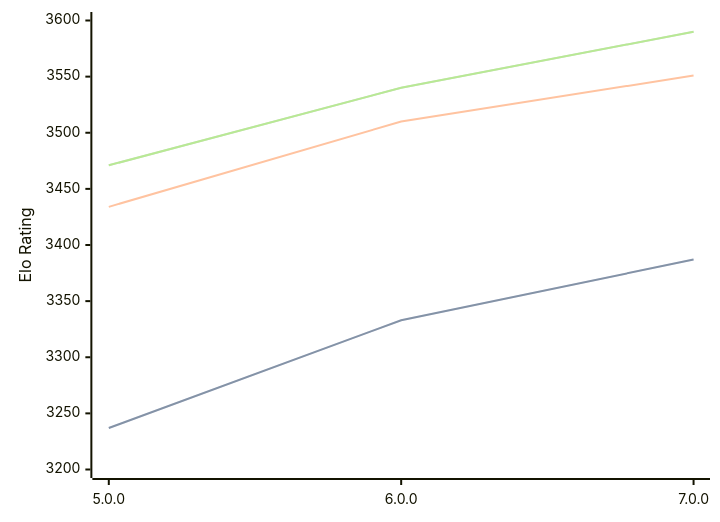
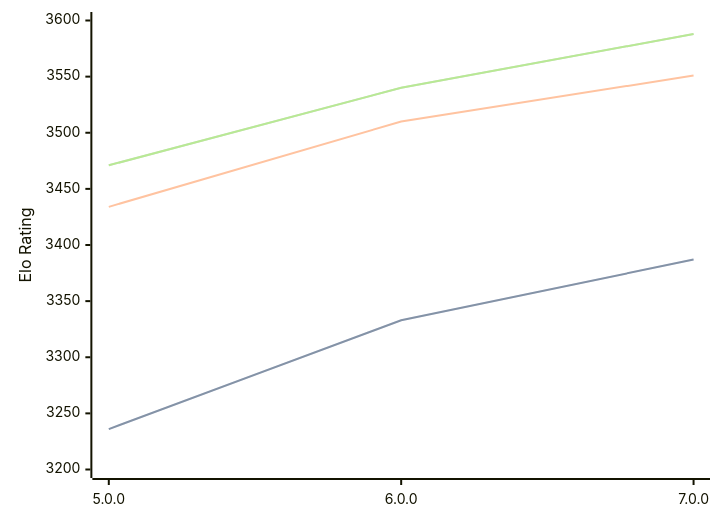
Before and after one commit to computer-chess-index/cci: the diagram in engines/Stormphrax.md, drawn with Mermaid. The commit also changed other lines of this file, not shown here.

Commit message:
Update CCI Ratings (ELO VLTC) - 2026-03-17

````diff
--- a/engines/Stormphrax.md
+++ b/engines/Stormphrax.md
@@ -36,11 +36,11 @@
 ```mermaid
 %%{init: {"theme":"base","themeVariables":{"seriesColors:['#a3a3a3','#222221','#faa371']}}}%%
 xychart-beta
   x-axis ["5.0.0", "6.0.0", "7.0.0"]
   y-axis "Elo Rating" 3200 --> 3600
-  line "STC (8.0+0.08s)" [3237, 3333, 3387]
-  line "STC (8.0+0.08s)" [3237, 3333, 3387]
+  line "STC (8.0+0.08s)" [3236, 3333, 3387]
+  line "STC (8.0+0.08s)" [3236, 3333, 3387]
   line "LTC (60.0+0.60s)" [3434, 3510, 3551]
-  line "VLTC (2m24s+1.12s)" [3471, 3540, 3590]
-  line "VLTC (2m24s+1.12s)" [3471, 3540, 3590]
+  line "VLTC (2m24s+1.12s)" [3471, 3540, 3588]
+  line "VLTC (2m24s+1.12s)" [3471, 3540, 3588]
 ```
````
